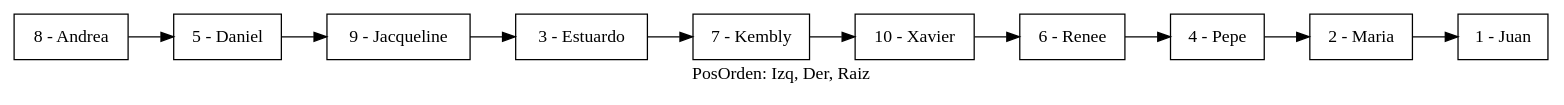
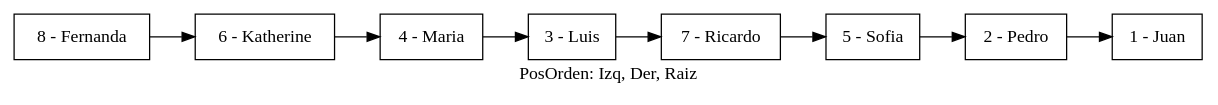
The diagram in EDD_Proyecto1/EDD_Proyecto1/ArbolRecorrido.dot (elJuanjoRamos/EDD_1S2020_PY1_201801262), drawn with Graphviz before and after one commit. The commit also changed 18 other files, not shown here.

```diff
--- a/EDD_Proyecto1/EDD_Proyecto1/ArbolRecorrido.dot
+++ b/EDD_Proyecto1/EDD_Proyecto1/ArbolRecorrido.dot
@@ -1,21 +1,17 @@
 digraph G {rankdir=LR;label="PosOrden: Izq, Der, Raiz";node[shape=box];
-nodo8 [ label ="8 - Andrea"];
-nodo5 [ label ="5 - Daniel"];
-nodo9 [ label ="9 - Jacqueline"];
-nodo3 [ label ="3 - Estuardo"];
-nodo7 [ label ="7 - Kembly"];
-nodo10 [ label ="10 - Xavier"];
-nodo6 [ label ="6 - Renee"];
-nodo4 [ label ="4 - Pepe"];
-nodo2 [ label ="2 - Maria"];
+nodo8 [ label ="8 - Fernanda"];
+nodo6 [ label ="6 - Katherine"];
+nodo4 [ label ="4 - Maria"];
+nodo3 [ label ="3 - Luis"];
+nodo7 [ label ="7 - Ricardo"];
+nodo5 [ label ="5 - Sofia"];
+nodo2 [ label ="2 - Pedro"];
 nodo1 [ label ="1 - Juan"];
-nodo8-> nodo5
-nodo5-> nodo9
-nodo9-> nodo3
+nodo8-> nodo6
+nodo6-> nodo4
+nodo4-> nodo3
 nodo3-> nodo7
-nodo7-> nodo10
-nodo10-> nodo6
-nodo6-> nodo4
-nodo4-> nodo2
+nodo7-> nodo5
+nodo5-> nodo2
 nodo2-> nodo1
 }
```
